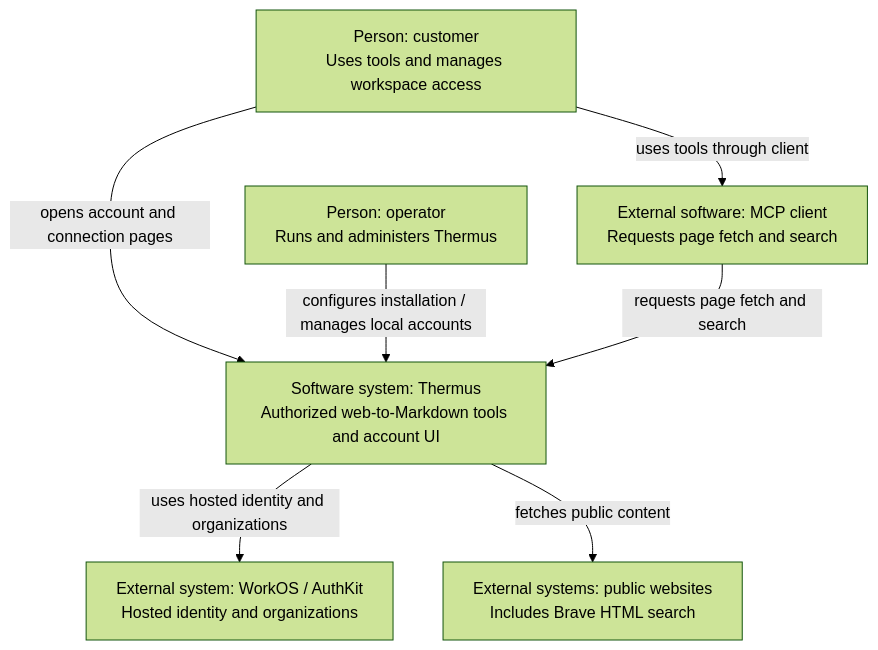
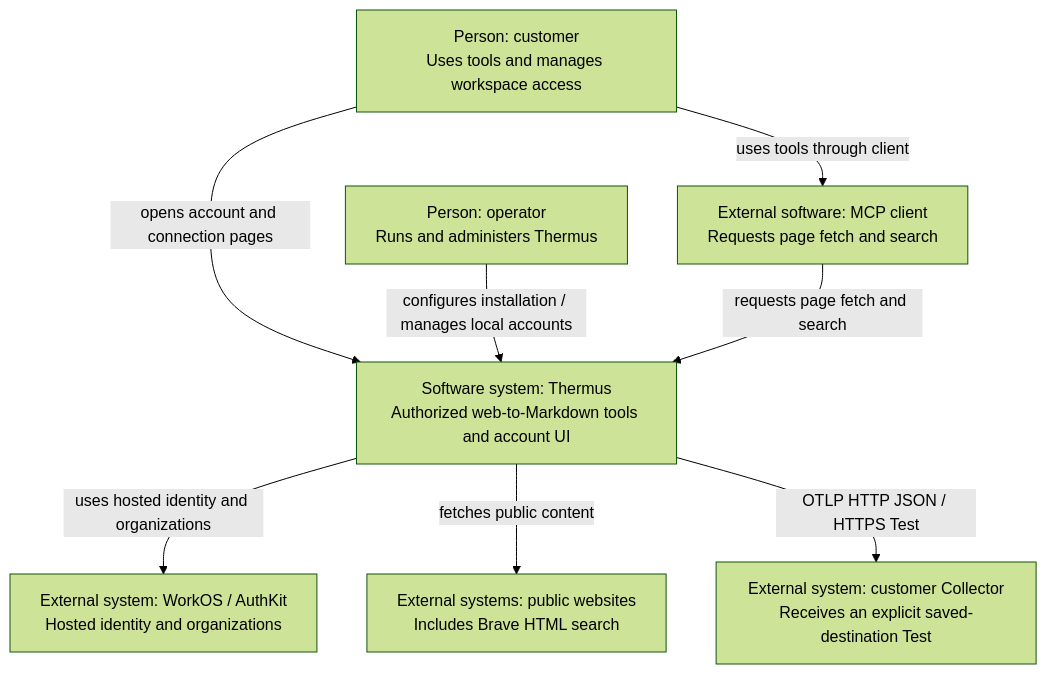
Before and after one commit to tomer-mayara/Thermus: the first of 13 diagrams in architecture/components.md, drawn with Mermaid (forest theme). The commit also changed other lines of this file and 24 other files, not shown here.

Commit message:
feat(audit): test saved Collector destinations without changing settings

````diff
--- a/architecture/components.md
+++ b/architecture/components.md
@@ -30,16 +30,18 @@
 ```mermaid
 %%{init: {"flowchart": {"wrappingWidth": 260}}}%%
 flowchart TB
   context_customer["Person: customer<br/>Uses tools and manages workspace access"]
   context_operator["Person: operator<br/>Runs and administers Thermus"]
   context_client["External software: MCP client<br/>Requests page fetch and search"]
   context_thermus["Software system: Thermus<br/>Authorized web-to-Markdown tools and account UI"]
   context_workos["External system: WorkOS / AuthKit<br/>Hosted identity and organizations"]
   context_public["External systems: public websites<br/>Includes Brave HTML search"]
+  context_collector["External system: customer Collector<br/>Receives an explicit saved-destination Test"]
   context_customer -->|uses tools through client| context_client
   context_customer -->|opens account and connection pages| context_thermus
   context_operator -->|configures installation / manages local accounts| context_thermus
   context_client -->|requests page fetch and search| context_thermus
   context_thermus -->|uses hosted identity and organizations| context_workos
   context_thermus -->|fetches public content| context_public
+  context_thermus -->|OTLP HTTP JSON / HTTPS Test| context_collector
 ```
````
